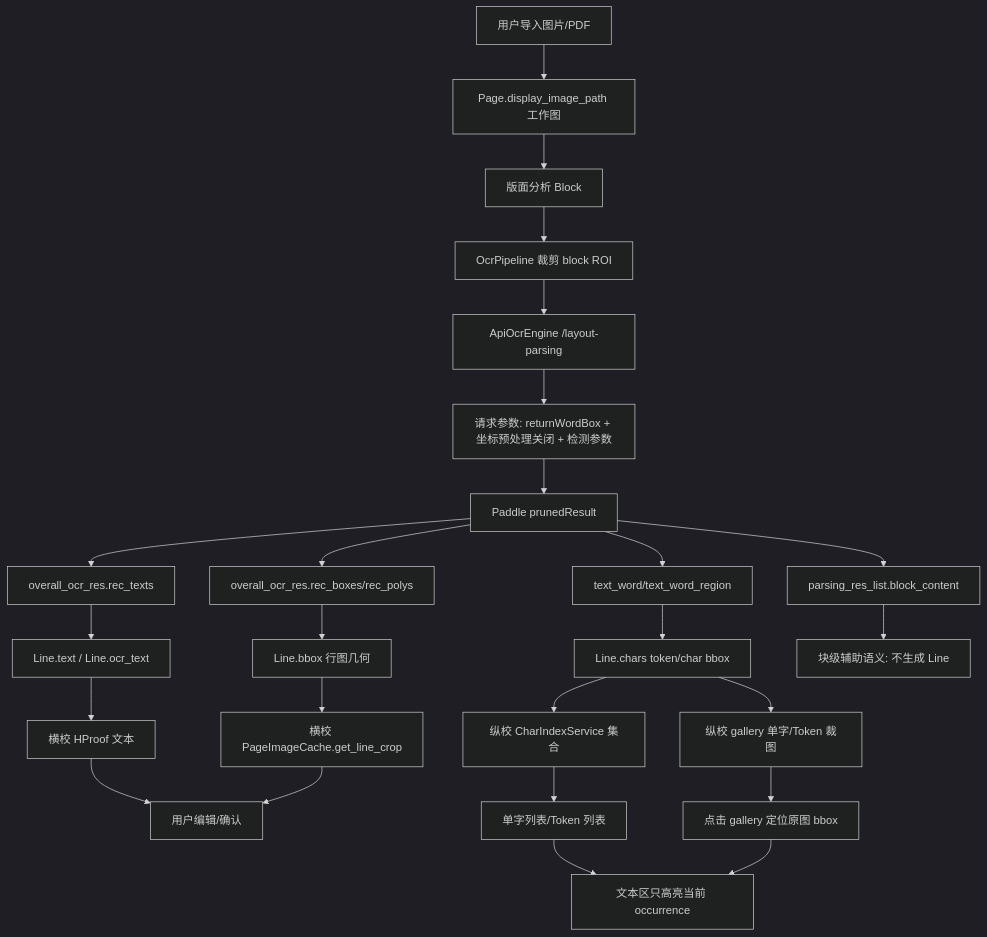
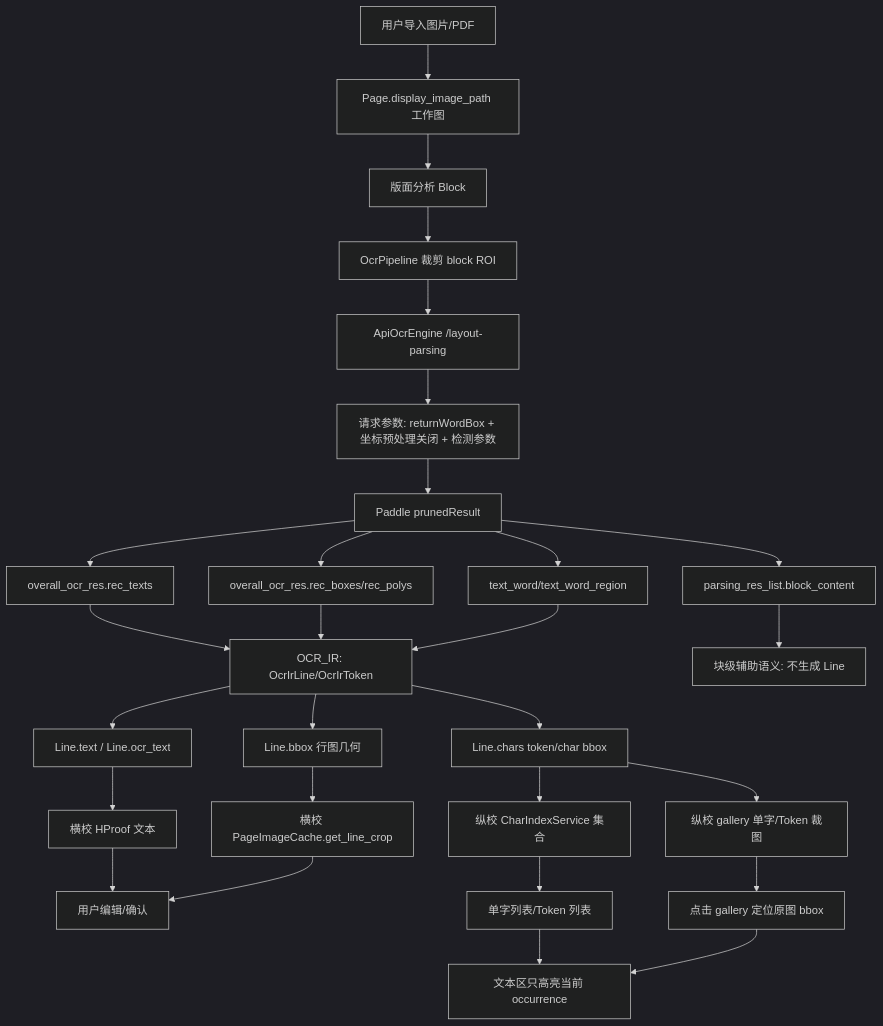
One commit to zhanghuai-z/ocr_process_review changed the diagram in ocr-logic-chain.md. Above: the diagram before and after it, drawn with Mermaid (dark theme). The commit also changed other lines of this file and 4 other files, not shown here.

````diff
--- a/ocr-logic-chain.md
+++ b/ocr-logic-chain.md
@@ -65,31 +86,34 @@
 ```mermaid
 flowchart TD
     A[用户导入图片/PDF] --> B[Page.display_image_path 工作图]
     B --> C[版面分析 Block]
     C --> D[OcrPipeline 裁剪 block ROI]
     D --> E[ApiOcrEngine /layout-parsing]
     E --> F[请求参数: returnWordBox + 坐标预处理关闭 + 检测参数]
     F --> G[Paddle prunedResult]
 
     G --> H1[overall_ocr_res.rec_texts]
     G --> H2[overall_ocr_res.rec_boxes/rec_polys]
     G --> H3[text_word/text_word_region]
     G --> H4[parsing_res_list.block_content]
 
-    H1 --> I[Line.text / Line.ocr_text]
-    H2 --> J[Line.bbox 行图几何]
-    H3 --> K[Line.chars token/char bbox]
+    H1 --> IR[OCR_IR: OcrIrLine/OcrIrToken]
+    H2 --> IR
+    H3 --> IR
+    IR --> I[Line.text / Line.ocr_text]
+    IR --> J[Line.bbox 行图几何]
+    IR --> K[Line.chars token/char bbox]
     H4 --> L[块级辅助语义: 不生成 Line]
 
     I --> M[横校 HProof 文本]
     J --> N[横校 PageImageCache.get_line_crop]
     K --> O[纵校 CharIndexService 集合]
     K --> P[纵校 gallery 单字/Token 裁图]
 
     M --> Q[用户编辑/确认]
     N --> Q
     O --> R[单字列表/Token 列表]
     P --> S[点击 gallery 定位原图 bbox]
     R --> T[文本区只高亮当前 occurrence]
     S --> T
 ```
````
